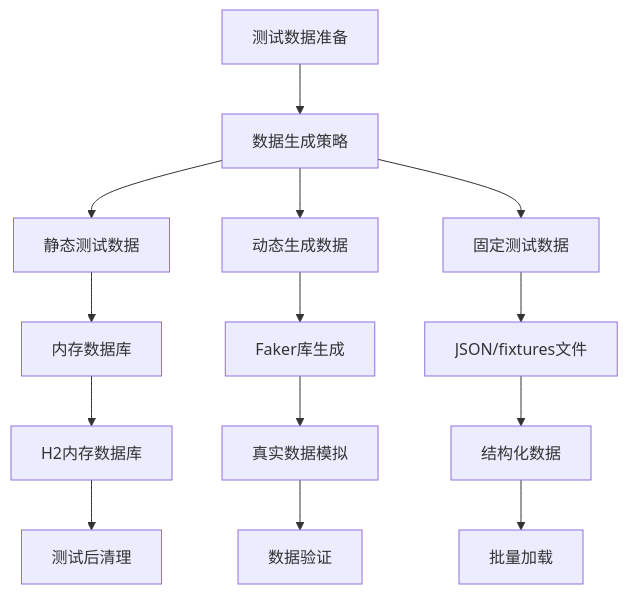
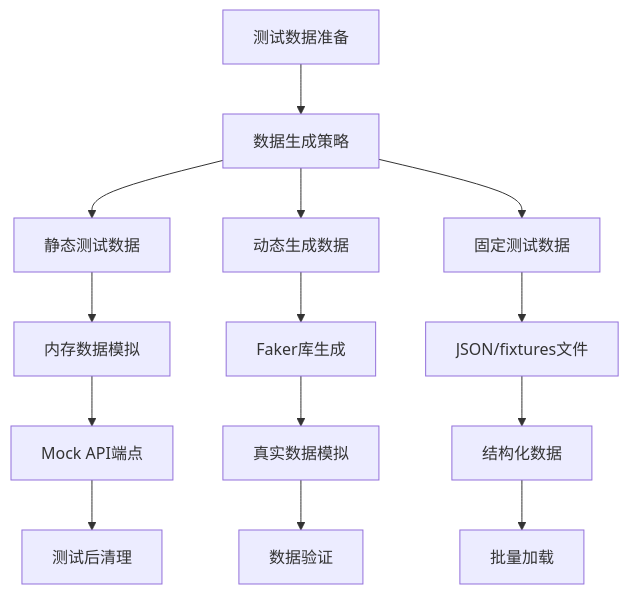
One commit to gree-coder/fund-butler changed diagram 11 of 18 in .qoder/repowiki/zh/content/核心功能开发/测试策略.md. Above: the diagram before and after it, drawn with Mermaid. The commit also changed other lines of this file and 10 other files, not shown here.

````diff
--- a/.qoder/repowiki/zh/content/核心功能开发/测试策略.md
+++ b/.qoder/repowiki/zh/content/核心功能开发/测试策略.md
@@ -301,16 +375,16 @@
 ```mermaid
 flowchart TD
 TestDataPreparation[测试数据准备] --> TestDataGeneration["数据生成策略"]
 TestDataGeneration --> StaticData["静态测试数据"]
 TestDataGeneration --> DynamicData["动态生成数据"]
 TestDataGeneration --> FixtureData["固定测试数据"]
-StaticData --> InMemoryDB["内存数据库"]
+StaticData --> InMemoryDB["内存数据模拟"]
 DynamicData --> FakerLib["Faker库生成"]
 FixtureData --> JSONFixtures["JSON/fixtures文件"]
-InMemoryDB --> H2DB["H2内存数据库"]
+InMemoryDB --> MockAPI["Mock API端点"]
 FakerLib --> RealisticData["真实数据模拟"]
 JSONFixtures --> StructuredData["结构化数据"]
-H2DB --> TestDataCleanup["测试后清理"]
+MockAPI --> TestDataCleanup["测试后清理"]
 RealisticData --> TestDataValidation["数据验证"]
 StructuredData --> TestDataLoading["批量加载"]
 ```
````
